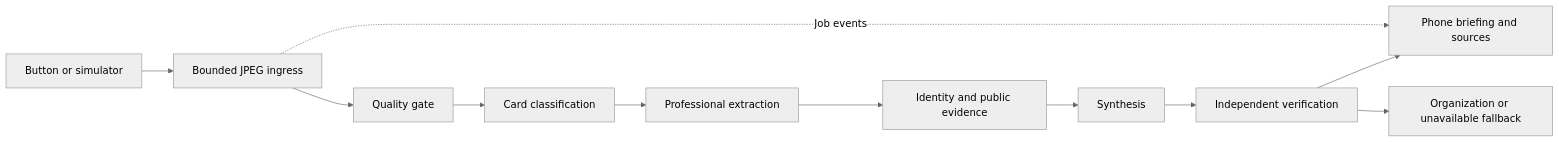
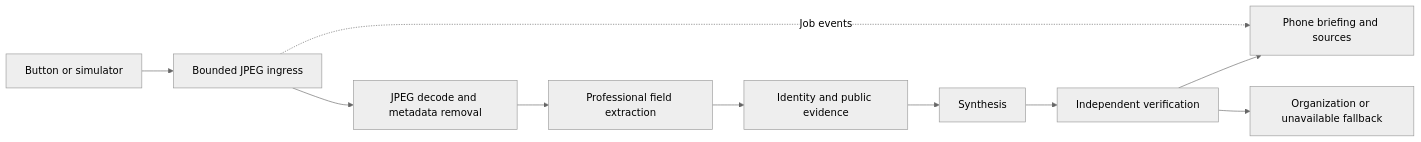
Before and after one commit to ByteBangshu/WEART_HackTX2026: the diagram in docs/architecture.md, drawn with Mermaid (neutral theme). The commit also changed other lines of this file and 14 other files, not shown here.

````diff
--- a/docs/architecture.md
+++ b/docs/architecture.md
@@ -5,13 +5,12 @@
 ```mermaid
 flowchart LR
   B[Button or simulator] --> C[Bounded JPEG ingress]
-  C --> Q[Quality gate]
-  Q --> T[Card classification]
-  T --> E[Professional extraction]
+  C --> Q[JPEG decode and metadata removal]
+  Q --> E[Professional field extraction]
   E --> R[Identity and public evidence]
   R --> S[Synthesis]
   S --> V[Independent verification]
   V --> U[Phone briefing and sources]
   V --> F[Organization or unavailable fallback]
   C -. Job events .-> U
 ```
````
